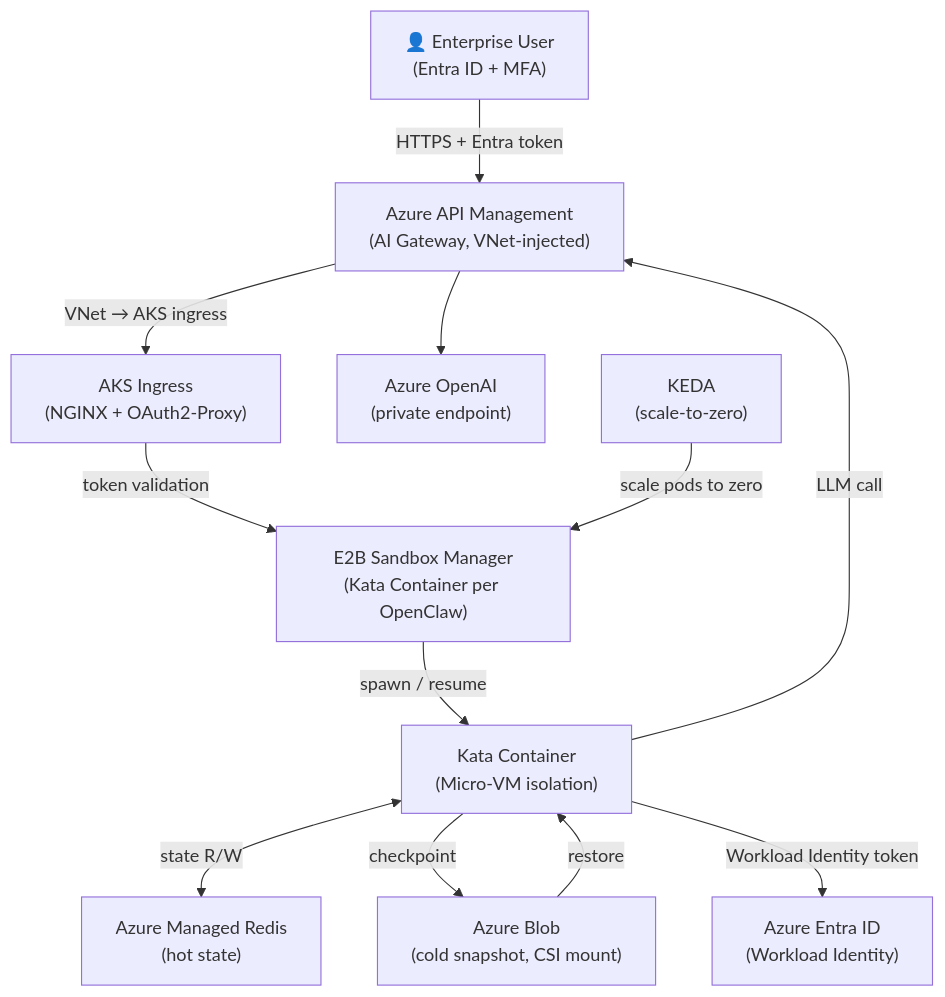
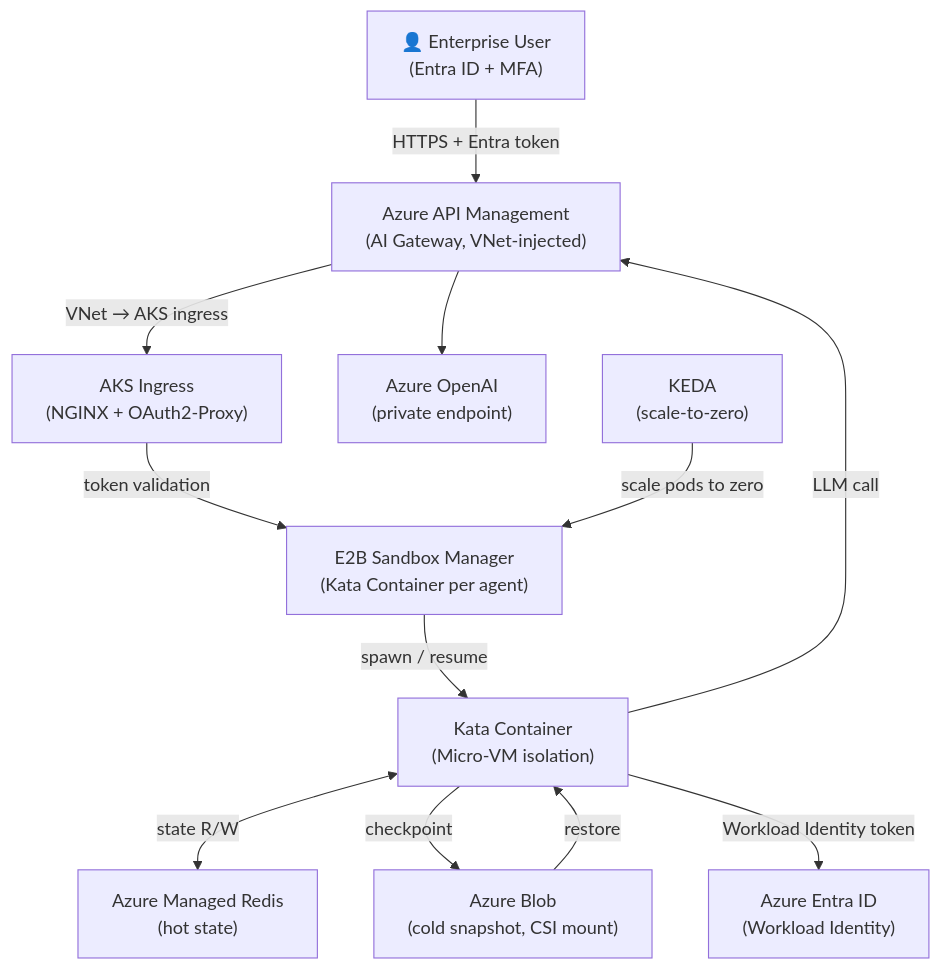
One commit to oxcp/ainotes changed the fourth of 4 diagrams in agenthost/agenthost.md. Above: the diagram before and after it, drawn with Mermaid. The commit also changed other lines of this file and 26 other files, not shown here.

Commit message:
Generalize agenthost workshop from OpenClaw to generic agent hosting

````diff
--- a/agenthost/agenthost.md
+++ b/agenthost/agenthost.md
@@ -266,25 +266,25 @@
 ```mermaid
 flowchart TD
     user["👤 Enterprise User\n(Entra ID + MFA)"]
     apim["Azure API Management\n(AI Gateway, VNet-injected)"]
     ingress["AKS Ingress\n(NGINX + OAuth2-Proxy)"]
-    e2b["E2B Sandbox Manager\n(Kata Container per OpenClaw)"]
+    e2b["E2B Sandbox Manager\n(Kata Container per agent)"]
     kata["Kata Container\n(Micro-VM isolation)"]
     redis["Azure Managed Redis\n(hot state)"]
     blob["Azure Blob\n(cold snapshot, CSI mount)"]
     aoai["Azure OpenAI\n(private endpoint)"]
     entra["Azure Entra ID\n(Workload Identity)"]
     keda["KEDA\n(scale-to-zero)"]
 
     user -->|"HTTPS + Entra token"| apim
     apim -->|"VNet → AKS ingress"| ingress
     ingress -->|"token validation"| e2b
     e2b -->|"spawn / resume"| kata
     kata <-->|"state R/W"| redis
     kata -->|"checkpoint"| blob
     blob -->|"restore"| kata
     kata -->|"Workload Identity token"| entra
     kata -->|"LLM call"| apim
     apim --> aoai
     keda -->|"scale pods to zero"| e2b
 ```
````
